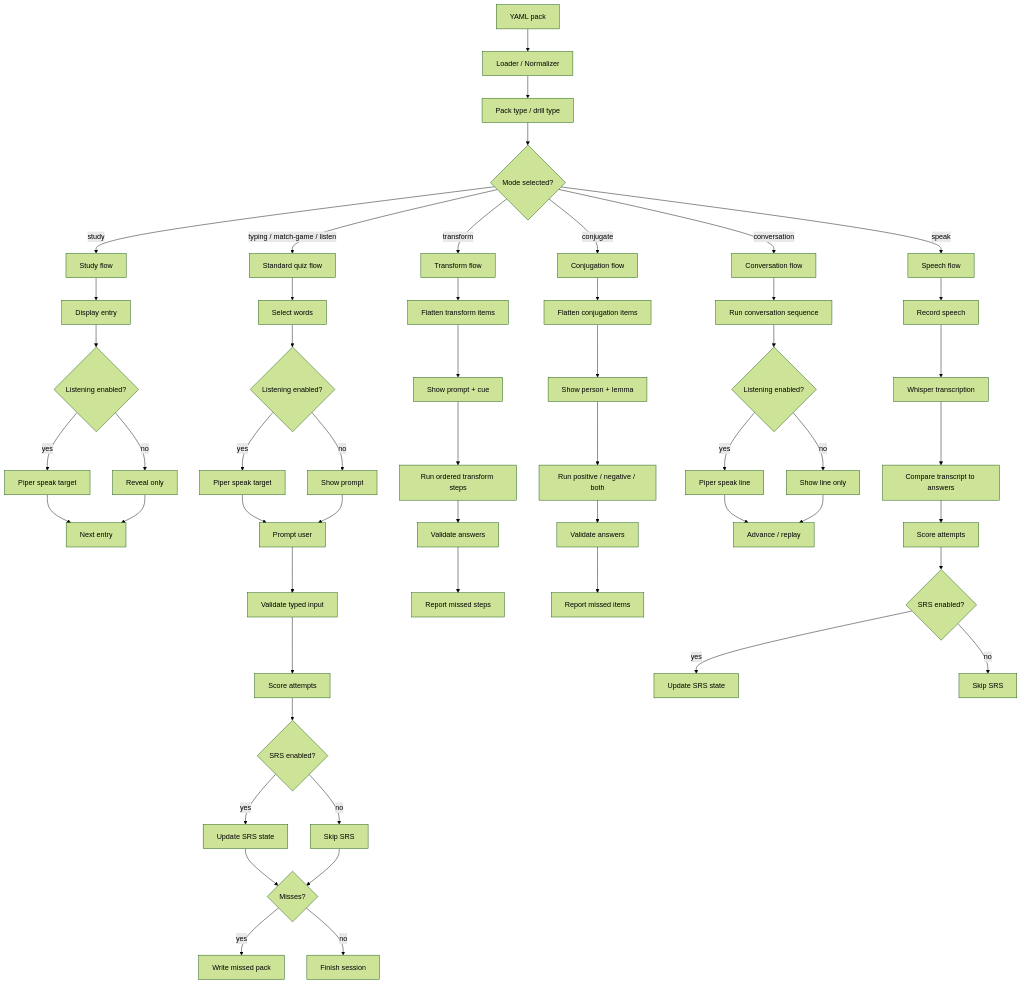
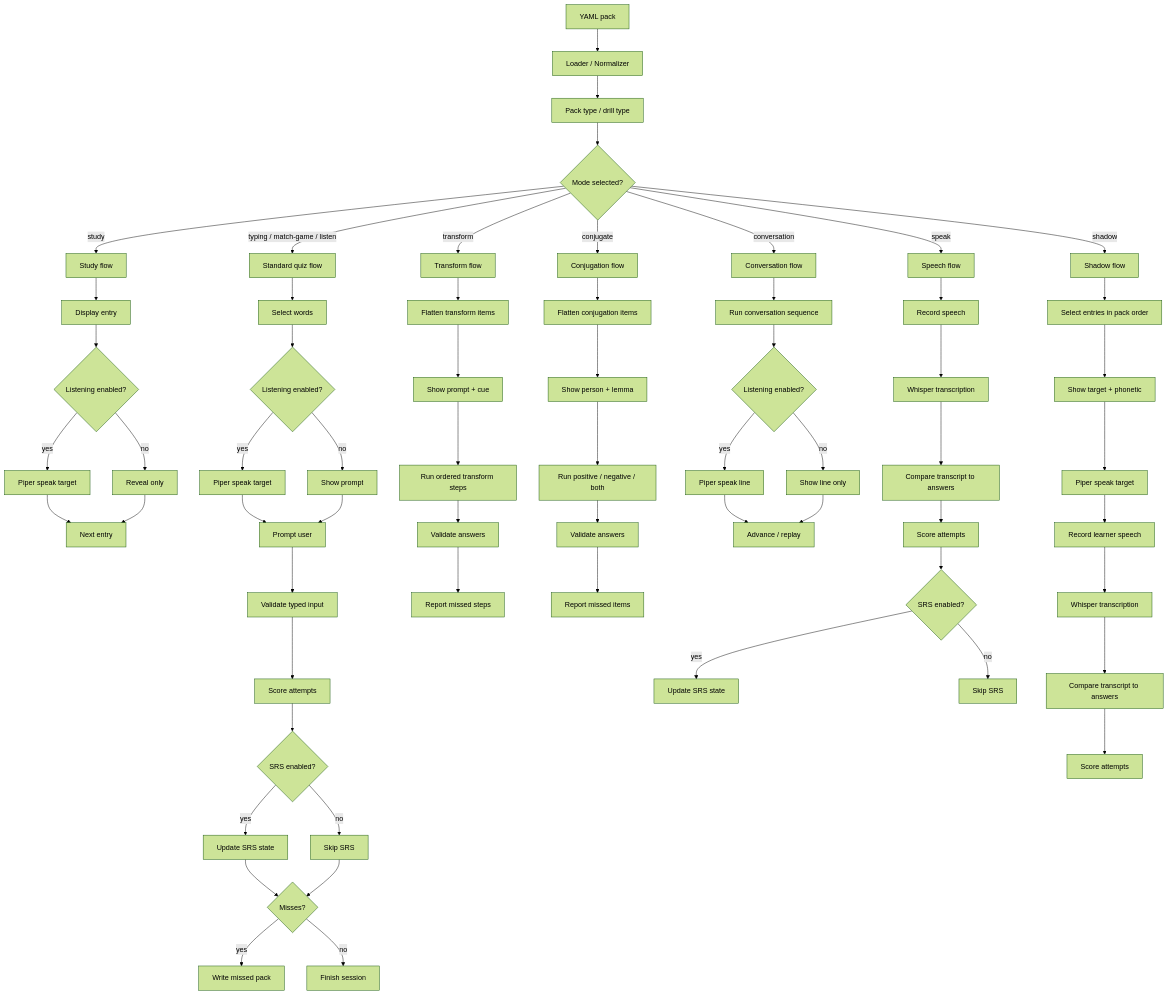
Before and after one commit to wbrisett/linguatrain: the diagram in README.md, drawn with Mermaid (forest theme). The commit also changed other lines of this file and 4 other files, not shown here.

````diff
--- a/README.md
+++ b/README.md
@@ -855,63 +892,72 @@
 ``` mermaid
 flowchart TD
   A["YAML pack"] --> B["Loader / Normalizer"]
   B --> C["Pack type / drill type"]
   C --> D{"Mode selected?"}
 
   D -- study --> E["Study flow"]
   D -- typing / match-game / listen --> F["Standard quiz flow"]
   D -- transform --> G["Transform flow"]
   D -- conjugate --> H["Conjugation flow"]
   D -- conversation --> I["Conversation flow"]
   D -- speak --> J["Speech flow"]
+  D -- shadow --> K["Shadow flow"]
 
   E --> E1["Display entry"]
   E1 --> E2{"Listening enabled?"}
   E2 -- yes --> E3["Piper speak target"]
   E2 -- no --> E4["Reveal only"]
   E3 --> E5["Next entry"]
   E4 --> E5
 
   F --> F1["Select words"]
   F1 --> F2{"Listening enabled?"}
   F2 -- yes --> F3["Piper speak target"]
   F2 -- no --> F4["Show prompt"]
   F3 --> F5["Prompt user"]
   F4 --> F5
   F5 --> F6["Validate typed input"]
   F6 --> F7["Score attempts"]
   F7 --> F8{"SRS enabled?"}
   F8 -- yes --> F9["Update SRS state"]
   F8 -- no --> F10["Skip SRS"]
   F9 --> F11{"Misses?"}
   F10 --> F11
   F11 -- yes --> F12["Write missed pack"]
   F11 -- no --> F13["Finish session"]
 
   G --> G1["Flatten transform items"]
   G1 --> G2["Show prompt + cue"]
   G2 --> G3["Run ordered transform steps"]
   G3 --> G4["Validate answers"]
   G4 --> G5["Report missed steps"]
 
   H --> H1["Flatten conjugation items"]
   H1 --> H2["Show person + lemma"]
   H2 --> H3["Run positive / negative / both"]
   H3 --> H4["Validate answers"]
   H4 --> H5["Report missed items"]
 
   I --> I1["Run conversation sequence"]
   I1 --> I2{"Listening enabled?"}
   I2 -- yes --> I3["Piper speak line"]
   I2 -- no --> I4["Show line only"]
   I3 --> I5["Advance / replay"]
   I4 --> I5
 
   J --> J1["Record speech"]
   J1 --> J2["Whisper transcription"]
   J2 --> J3["Compare transcript to answers"]
   J3 --> J4["Score attempts"]
   J4 --> J5{"SRS enabled?"}
   J5 -- yes --> J6["Update SRS state"]
   J5 -- no --> J7["Skip SRS"]
+
+  K --> K1["Select entries in pack order"]
+  K1 --> K2["Show target + phonetic"]
+  K2 --> K3["Piper speak target"]
+  K3 --> K4["Record learner speech"]
+  K4 --> K5["Whisper transcription"]
+  K5 --> K6["Compare transcript to answers"]
+  K6 --> K7["Score attempts"]
 ```
````
